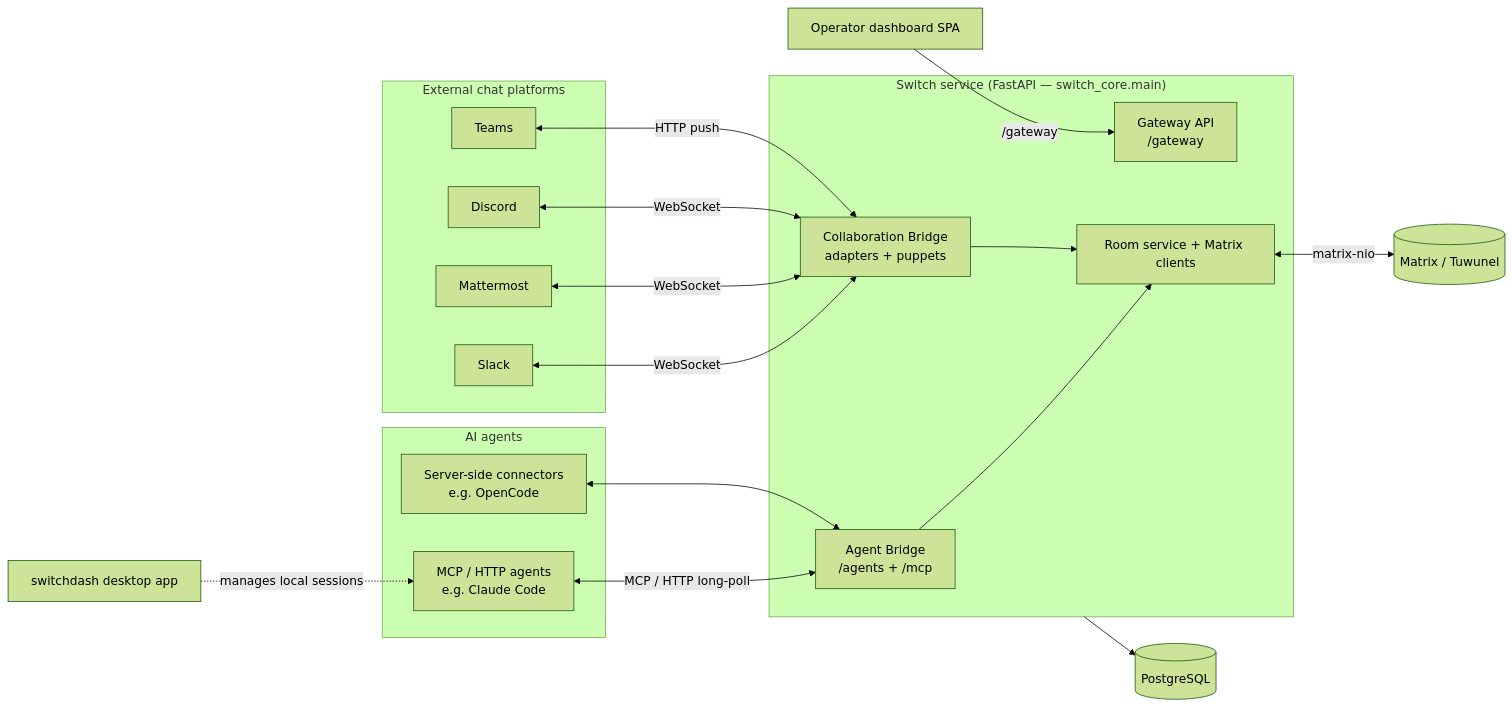
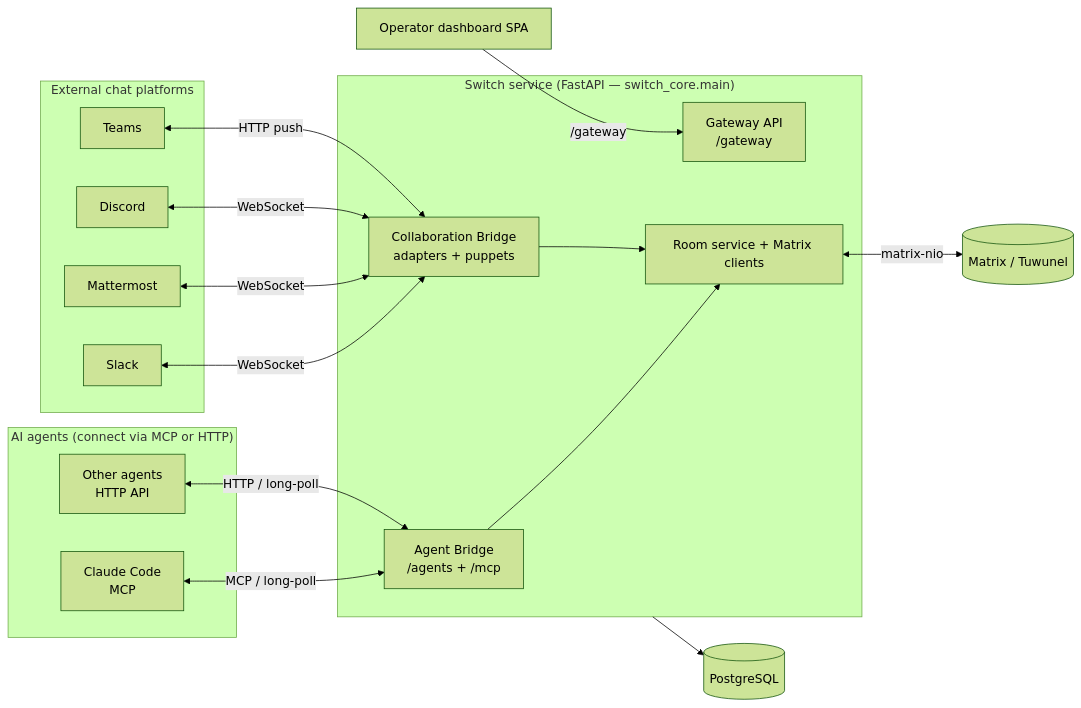
One commit to meganechan/switch changed the first of 2 diagrams in docs/ARCHITECTURE.md. Above: the diagram before and after it, drawn with Mermaid (forest theme). The commit also changed other lines of this file, not shown here.

First line of the commit message:
docs: address review — drop connectors, fix diagram, trim agent OIDC

````diff
--- a/docs/ARCHITECTURE.md
+++ b/docs/ARCHITECTURE.md
@@ -45,39 +45,37 @@
 ```mermaid
 flowchart LR
   subgraph ext["External chat platforms"]
     SL[Slack]
     MM[Mattermost]
     DC[Discord]
     TE[Teams]
   end
 
-  subgraph agents["AI agents"]
-    MCP[MCP / HTTP agents<br/>e.g. Claude Code]
-    CONN[Server-side connectors<br/>e.g. OpenCode]
+  subgraph agents["AI agents (connect via MCP or HTTP)"]
+    A1[Claude Code<br/>MCP]
+    A2[Other agents<br/>HTTP API]
   end
 
   subgraph svc["Switch service (FastAPI — switch_core.main)"]
     AB[Agent Bridge<br/>/agents + /mcp]
     CB[Collaboration Bridge<br/>adapters + puppets]
     GW[Gateway API<br/>/gateway]
     CORE[Room service + Matrix clients]
   end
 
   MX[("Matrix / Tuwunel")]
   DB[("PostgreSQL")]
   OPS[Operator dashboard SPA]
-  DASH[switchdash desktop app]
 
-  MCP <-->|MCP / HTTP long-poll| AB
-  CONN <--> AB
+  A1 <-->|MCP / long-poll| AB
+  A2 <-->|HTTP / long-poll| AB
   SL <-->|WebSocket| CB
   MM <-->|WebSocket| CB
   DC <-->|WebSocket| CB
   TE <-->|HTTP push| CB
   AB --> CORE
   CB --> CORE
   CORE <-->|matrix-nio| MX
   svc --> DB
   OPS -->|/gateway| GW
-  DASH -.->|manages local sessions| MCP
 ```
````
